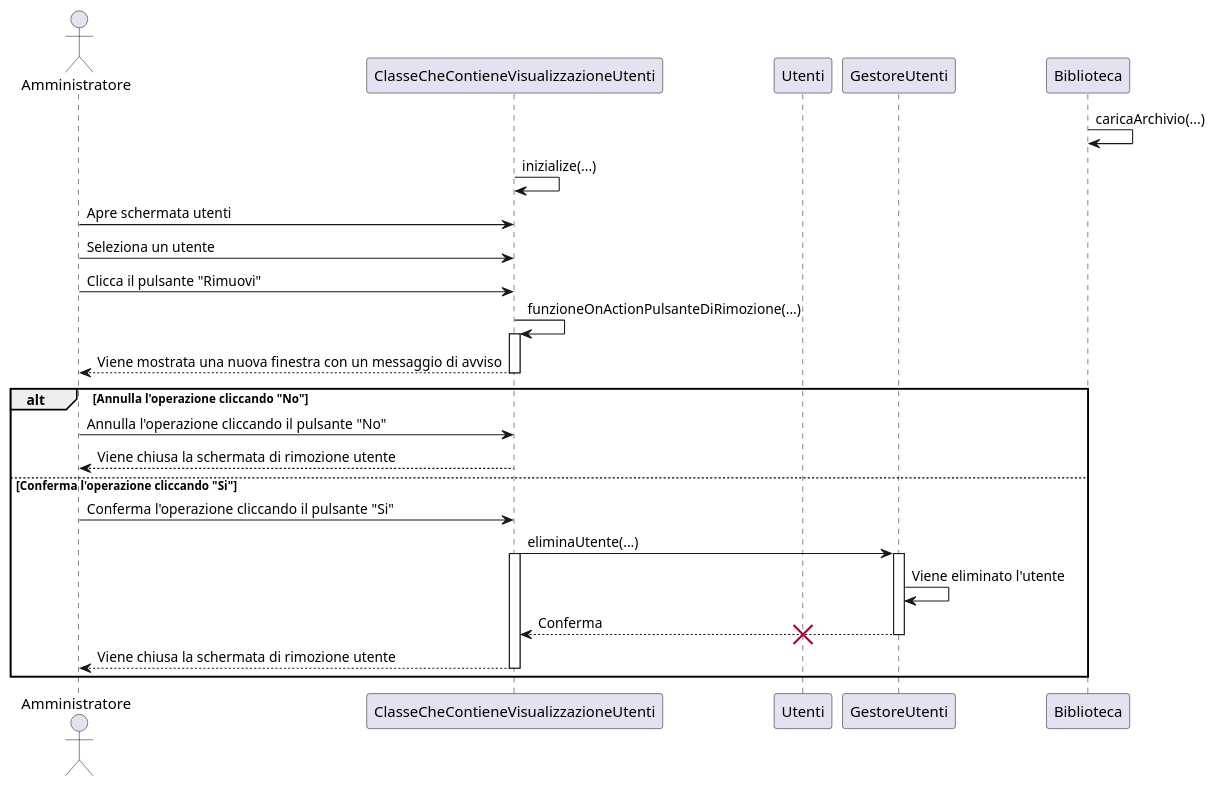
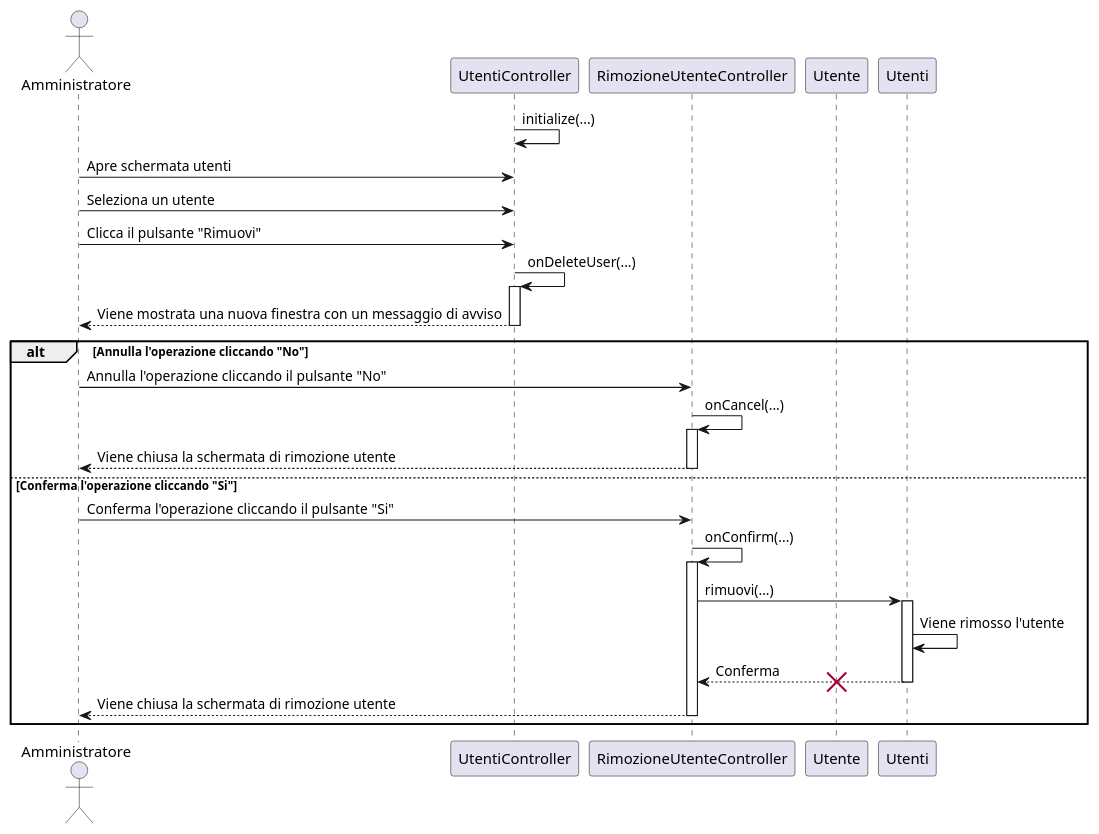
Before and after one commit to TitanVoid/ProgSE-Biblioteca: the diagram in documents/DiagrammiUML/DiagrammiDiSequenza/diagrammaC9RimuoviUtente.puml, drawn with PlantUML. The commit also changed 21 other files, not shown here.

Commit message:
Aggiornamento diagrammi di sequenza

```diff
--- a/documents/DiagrammiUML/DiagrammiDiSequenza/diagrammaC9RimuoviUtente.puml
+++ b/documents/DiagrammiUML/DiagrammiDiSequenza/diagrammaC9RimuoviUtente.puml
@@ -1,37 +1,39 @@
 @startuml
 
 	actor Amministratore as a
-	participant ClasseCheContieneVisualizzazioneUtenti as cvu
-	participant Utenti as u
-	participant GestoreUtenti as gu
-	participant Biblioteca as b
+	participant UtentiController as cvu
+	participant RimozioneUtenteController as ruc
+	participant Utente as u
+	participant Utenti as gu
 
-	b->b: caricaArchivio(...)
-	cvu->cvu: inizialize(...)
+	cvu->cvu: initialize(...)
 	a->cvu: Apre schermata utenti
 	a->cvu: Seleziona un utente
-
-	
 	a->cvu: Clicca il pulsante "Rimuovi"
-	cvu->cvu: funzioneOnActionPulsanteDiRimozione(...)
+	cvu->cvu: onDeleteUser(...)
 	activate cvu
 		cvu-->a: Viene mostrata una nuova finestra con un messaggio di avviso
 	deactivate cvu
+	
 	alt Annulla l'operazione cliccando "No"
-		a->cvu: Annulla l'operazione cliccando il pulsante "No"
-		cvu-->a: Viene chiusa la schermata di rimozione utente
+		a->ruc: Annulla l'operazione cliccando il pulsante "No"
+		ruc -> ruc: onCancel(...)
+		activate ruc
+			ruc-->a: Viene chiusa la schermata di rimozione utente
+		deactivate ruc
 		
 	else Conferma l'operazione cliccando "Si"
-		a->cvu: Conferma l'operazione cliccando il pulsante "Si"
-		cvu->gu: eliminaUtente(...)
-		activate cvu
+		a->ruc: Conferma l'operazione cliccando il pulsante "Si"
+		ruc->ruc: onConfirm(...)
+			activate ruc
+			ruc->gu: rimuovi(...)
 			activate gu
-				gu->gu: Viene eliminato l'utente
-				gu-->cvu: Conferma
+				gu->gu: Viene rimosso l'utente
+				gu-->ruc: Conferma
 				destroy u
 			deactivate gu
-		cvu-->a: Viene chiusa la schermata di rimozione utente
-		deactivate cvu
+		ruc-->a: Viene chiusa la schermata di rimozione utente
+		deactivate ruc
 	end	
 
 @enduml
```
